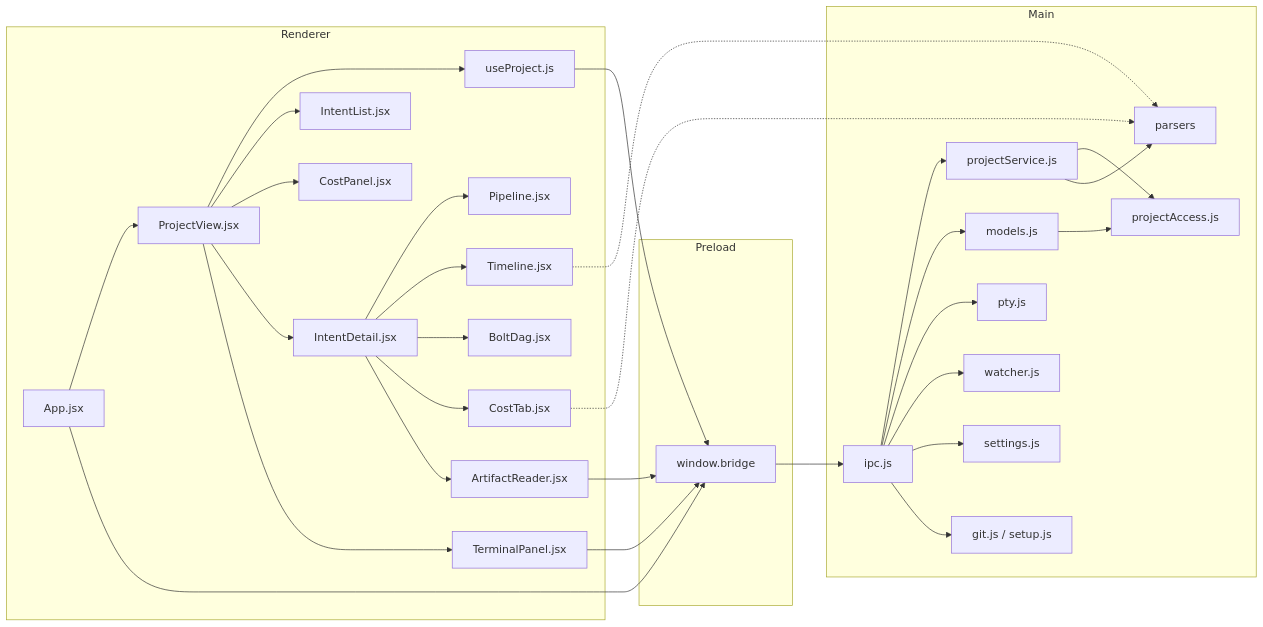
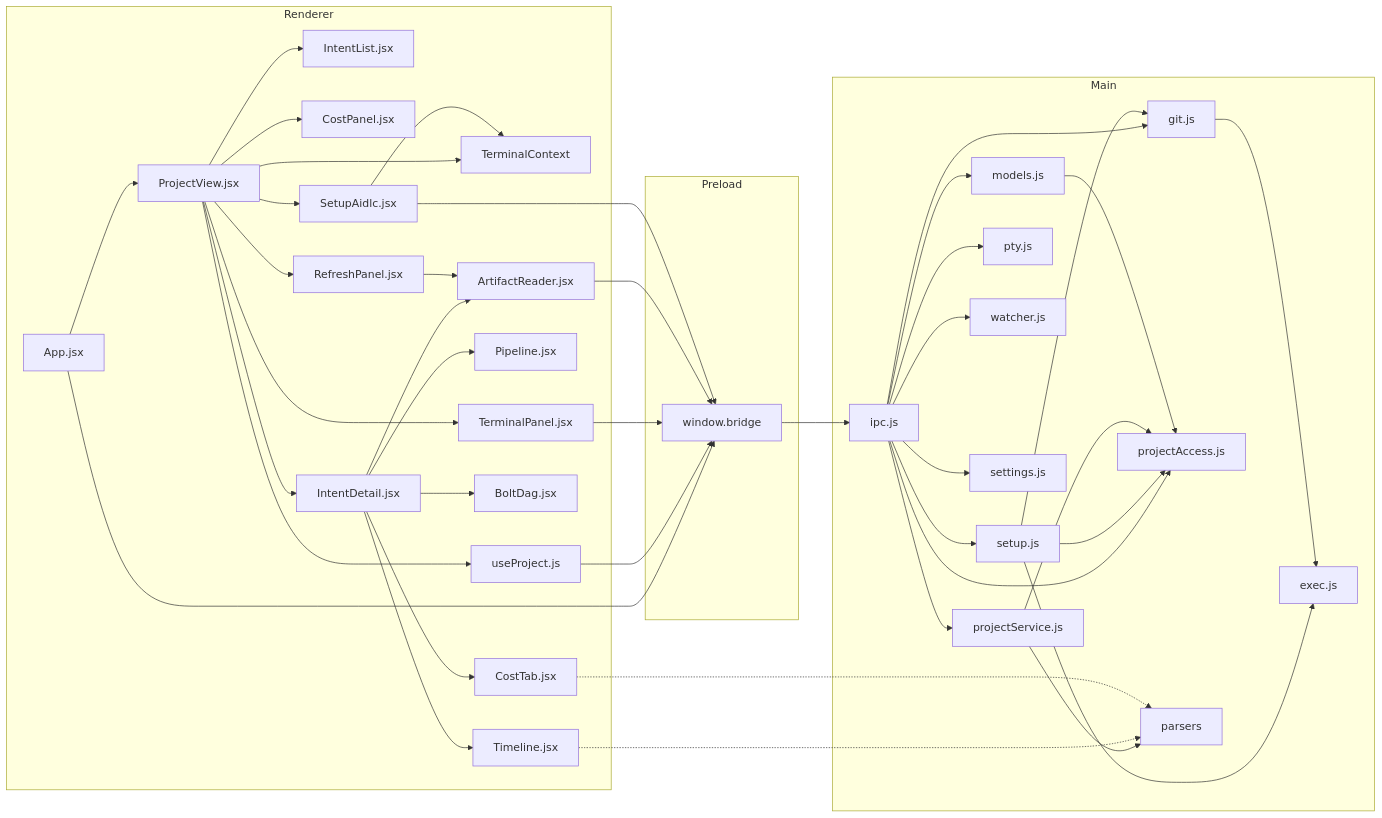
One commit to tochman/ai-dlc-thadeus changed the first of 5 diagrams in aidlc/spaces/default/codekb/aidlc-dash/architecture.md. Above: the diagram before and after it, drawn with Mermaid. The commit also changed other lines of this file and 64 other files, not shown here.

````diff
--- a/aidlc/spaces/default/codekb/aidlc-dash/architecture.md
+++ b/aidlc/spaces/default/codekb/aidlc-dash/architecture.md
@@ -19,37 +19,49 @@
 ```mermaid
 flowchart LR
   subgraph Renderer
     App[App.jsx] --> PV[ProjectView.jsx]
+    PV --> TC[TerminalContext]
     PV --> UP[useProject.js]
     PV --> IL[IntentList.jsx]
     PV --> CP[CostPanel.jsx]
+    PV --> RP[RefreshPanel.jsx]
+    PV --> SA[SetupAidlc.jsx]
     PV --> ID[IntentDetail.jsx]
     PV --> TP[TerminalPanel.jsx]
     ID --> PL[Pipeline.jsx]
     ID --> TL[Timeline.jsx]
     ID --> BD[BoltDag.jsx]
     ID --> CT[CostTab.jsx]
     ID --> AR[ArtifactReader.jsx]
+    RP --> AR
+    SA --> TC
   end
   subgraph Preload
     BR[window.bridge]
   end
   subgraph Main
     IPC[ipc.js] --> PS[projectService.js]
     IPC --> MD[models.js]
     IPC --> PTY[pty.js]
     IPC --> WT[watcher.js]
     IPC --> ST[settings.js]
-    IPC --> GT[git.js / setup.js]
-    PS --> PA[projectAccess.js]
+    IPC --> GT[git.js]
+    IPC --> SU[setup.js]
+    IPC --> PA[projectAccess.js]
+    SU --> EX[exec.js]
+    SU --> GT
+    SU --> PA
+    GT --> EX
+    PS --> PA
     MD --> PA
     PS --> PR[parsers]
   end
   App --> BR
   UP --> BR
   TP --> BR
   AR --> BR
+  SA --> BR
   BR --> IPC
   TL -.-> PR
   CT -.-> PR
 ```
````
